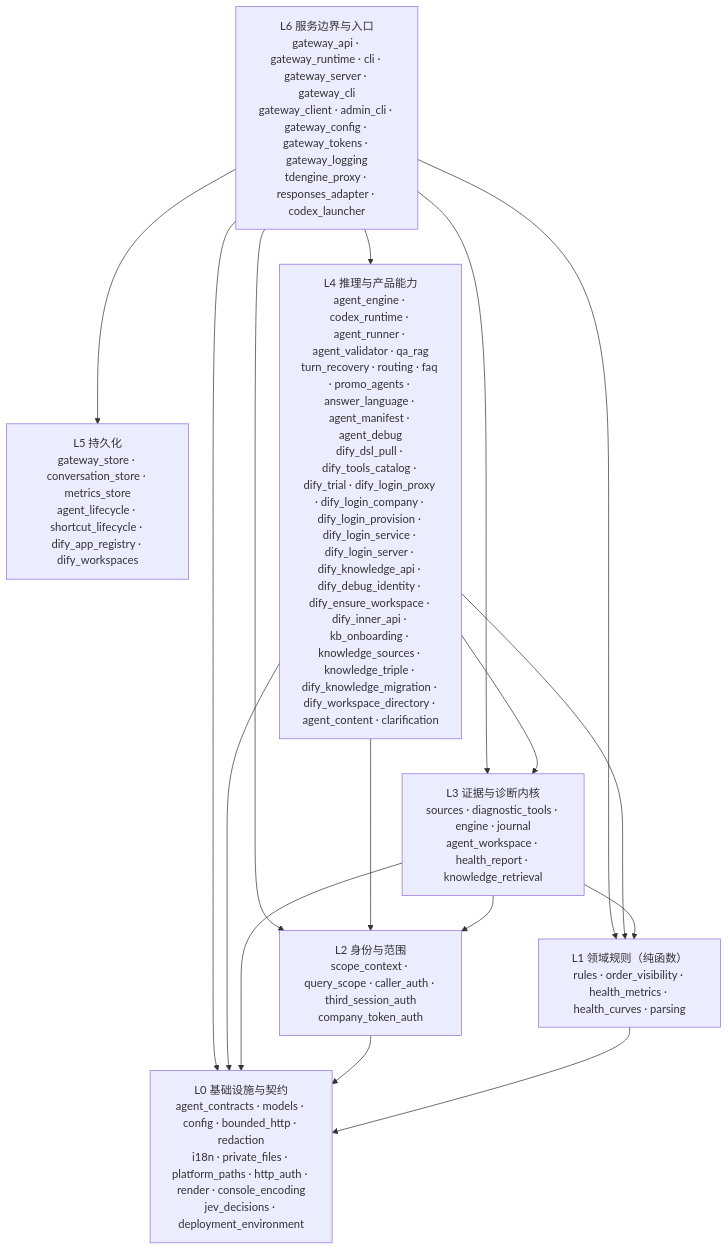
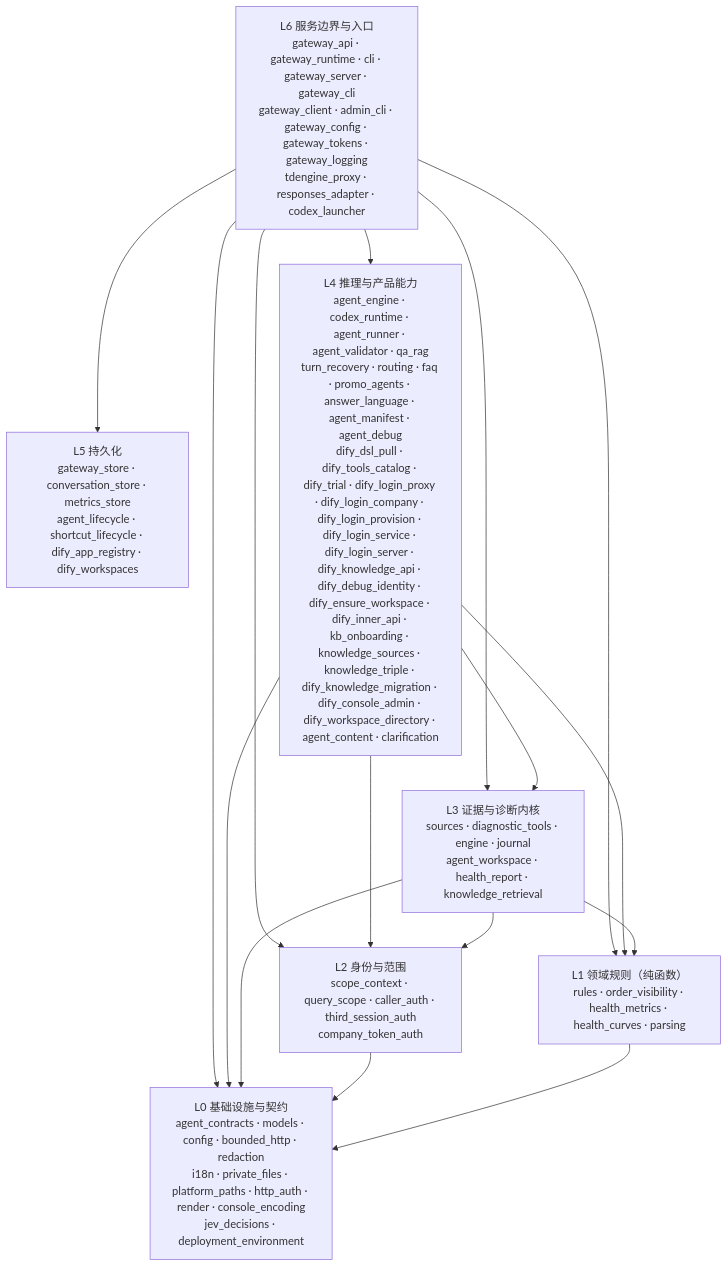
Before and after one commit to kilbertert/AI-Ops: the diagram in README.md, drawn with Mermaid. The commit also changed other lines of this file and 14 other files, not shown here.

First line of the commit message:
feat(dify): 让建出来的 workspace 能用 —— 插件、每 workspace 凭据、模板 DSL (#881) (#915)

````diff
--- a/README.md
+++ b/README.md
@@ -183,26 +183,26 @@
 ```mermaid
 flowchart TB
     L6["L6 服务边界与入口<br/>gateway_api · gateway_runtime · cli · gateway_server · gateway_cli<br/>gateway_client · admin_cli · gateway_config · gateway_tokens · gateway_logging<br/>tdengine_proxy · responses_adapter · codex_launcher"]
     L5["L5 持久化<br/>gateway_store · conversation_store · metrics_store<br/>agent_lifecycle · shortcut_lifecycle · dify_app_registry · dify_workspaces"]
-    L4["L4 推理与产品能力<br/>agent_engine · codex_runtime · agent_runner · agent_validator · qa_rag<br/>turn_recovery · routing · faq · promo_agents · answer_language · agent_manifest · agent_debug<br/>dify_dsl_pull · dify_tools_catalog · dify_trial · dify_login_proxy · dify_login_company · dify_login_provision · dify_login_service · dify_login_server · dify_knowledge_api · dify_debug_identity · dify_ensure_workspace · dify_inner_api · kb_onboarding · knowledge_sources · knowledge_triple · dify_knowledge_migration · dify_workspace_directory · agent_content · clarification"]
+    L4["L4 推理与产品能力<br/>agent_engine · codex_runtime · agent_runner · agent_validator · qa_rag<br/>turn_recovery · routing · faq · promo_agents · answer_language · agent_manifest · agent_debug<br/>dify_dsl_pull · dify_tools_catalog · dify_trial · dify_login_proxy · dify_login_company · dify_login_provision · dify_login_service · dify_login_server · dify_knowledge_api · dify_debug_identity · dify_ensure_workspace · dify_inner_api · kb_onboarding · knowledge_sources · knowledge_triple · dify_knowledge_migration · dify_console_admin · dify_workspace_directory · agent_content · clarification"]
     L3["L3 证据与诊断内核<br/>sources · diagnostic_tools · engine · journal<br/>agent_workspace · health_report · knowledge_retrieval"]
     L2["L2 身份与范围<br/>scope_context · query_scope · caller_auth · third_session_auth<br/>company_token_auth"]
     L1["L1 领域规则（纯函数）<br/>rules · order_visibility · health_metrics · health_curves · parsing"]
     L0["L0 基础设施与契约<br/>agent_contracts · models · config · bounded_http · redaction<br/>i18n · private_files · platform_paths · http_auth · render · console_encoding<br/>jev_decisions · deployment_environment"]
 
     L6 --> L5
     L6 --> L4
     L6 --> L3
     L6 --> L2
     L6 --> L1
     L6 --> L0
     L4 --> L3
     L4 --> L2
     L4 --> L1
     L4 --> L0
     L3 --> L2
     L3 --> L1
     L3 --> L0
     L2 --> L0
     L1 --> L0
 ```
````
